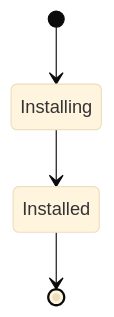
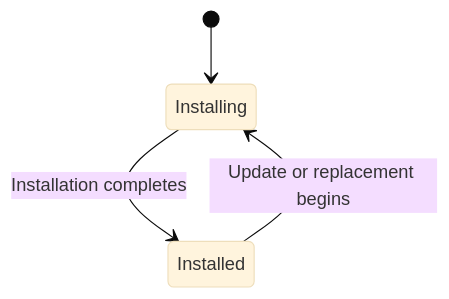
The third of 4 diagrams in docs/reference/architecture/openframe-client-core/model-installed-tool/model-installed-tool.md (flamingo-stack/openframe-oss-tenant), drawn with Mermaid (base theme) before and after one commit. The commit also changed other lines of this file and 2377 other files, not shown here.

````diff
--- a/docs/reference/architecture/openframe-client-core/model-installed-tool/model-installed-tool.md
+++ b/docs/reference/architecture/openframe-client-core/model-installed-tool/model-installed-tool.md
@@ -123,6 +105,6 @@
 ```mermaid
 stateDiagram-v2
     [*] --> Installing
-    Installing --> Installed
-    Installed --> [*]
+    Installing --> Installed: Installation completes
+    Installed --> Installing: Update or replacement begins
 ```
````
